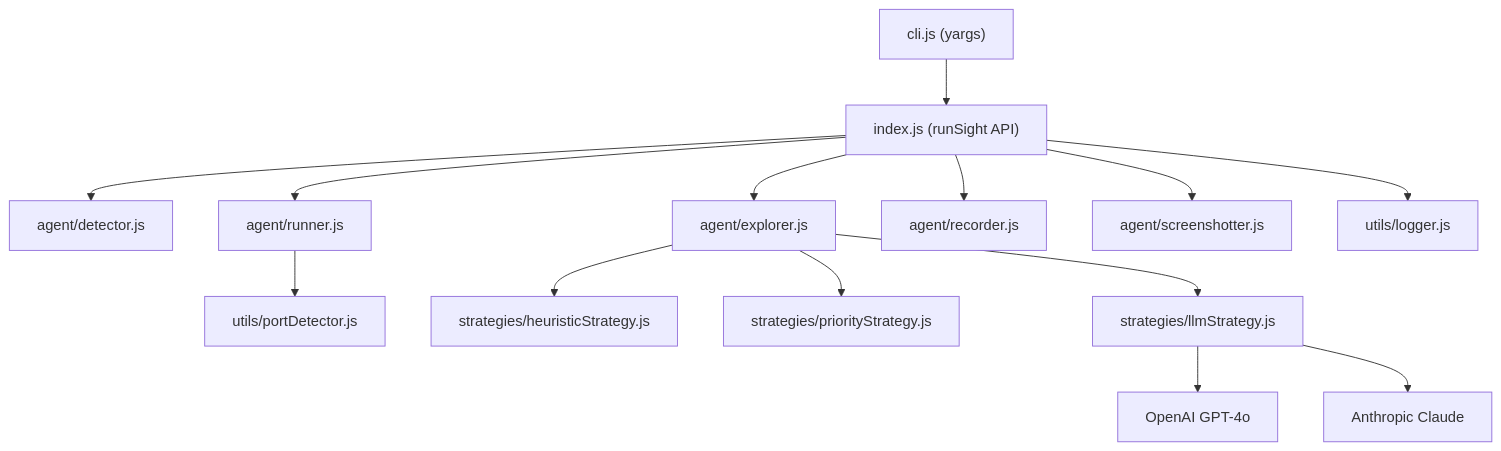
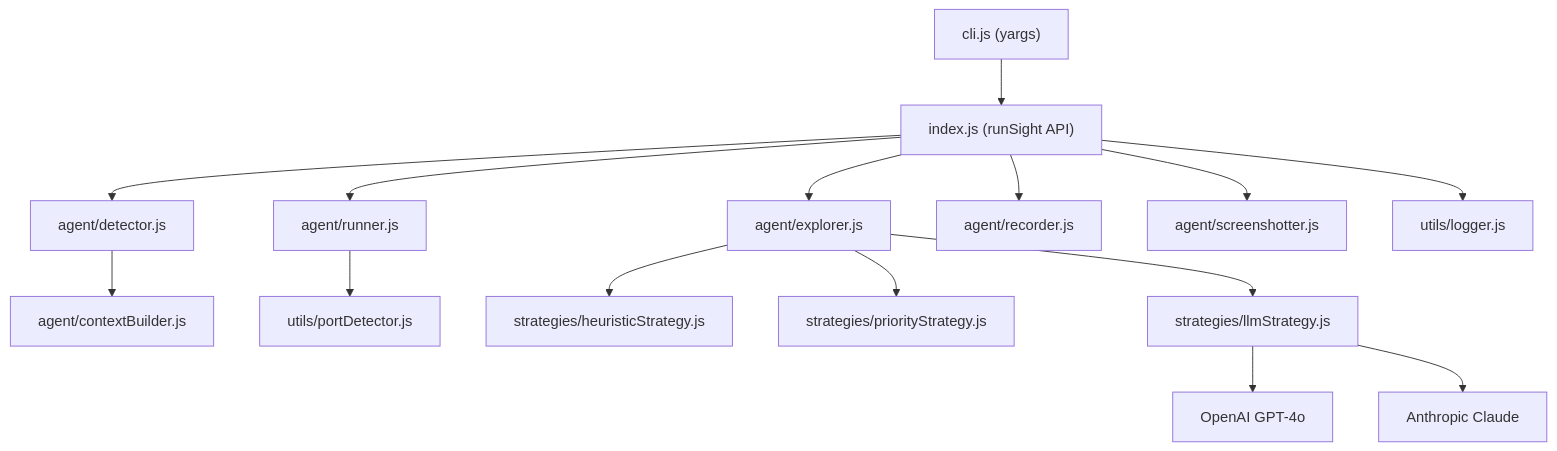
Before and after one commit to Abm32/runsight: the diagram in docs/ARCHITECTURE.md, drawn with Mermaid. The commit also changed other lines of this file and 3 other files, not shown here.

First line of the commit message:
docs: document auto project context and simplified setup flow

````diff
--- a/docs/ARCHITECTURE.md
+++ b/docs/ARCHITECTURE.md
@@ -16,16 +16,17 @@
 ```mermaid
 graph TD
     CLI["cli.js (yargs)"] --> API["index.js (runSight API)"]
     API --> DET["agent/detector.js"]
     API --> RUN["agent/runner.js"]
     API --> EXP["agent/explorer.js"]
     API --> REC["agent/recorder.js"]
     API --> SS["agent/screenshotter.js"]
     API --> LOG["utils/logger.js"]
+    DET --> CTX["agent/contextBuilder.js"]
     RUN --> PD["utils/portDetector.js"]
     EXP --> HS["strategies/heuristicStrategy.js"]
     EXP --> PS["strategies/priorityStrategy.js"]
     EXP --> LS["strategies/llmStrategy.js"]
     LS --> OAI["OpenAI GPT-4o"]
     LS --> ANT["Anthropic Claude"]
 ```
````
